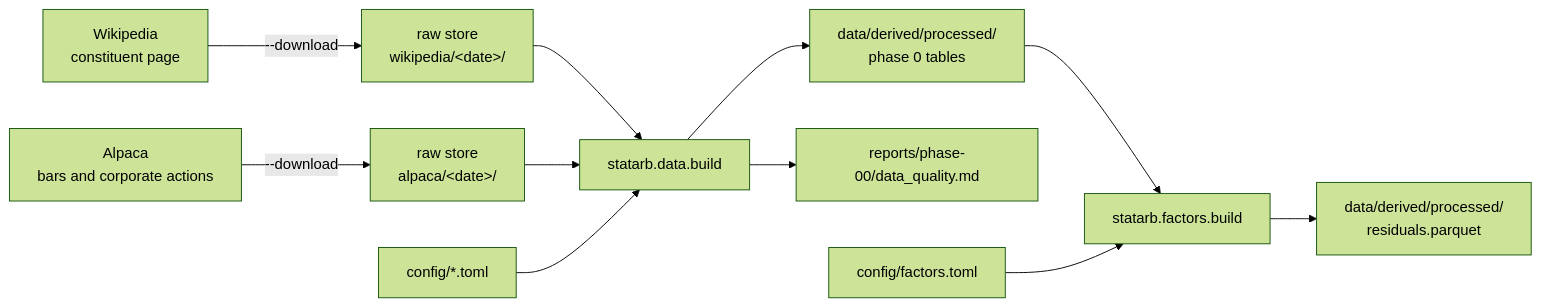
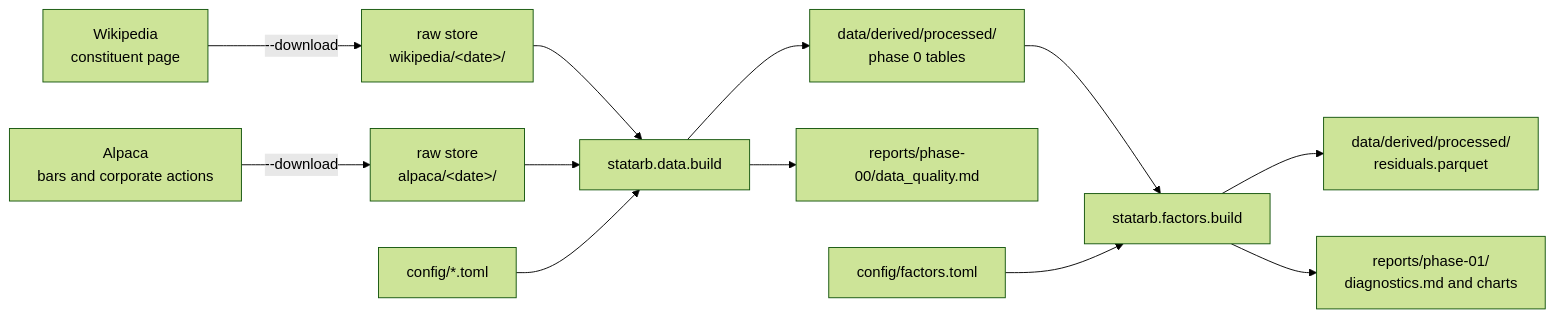
The diagram in docs/architecture.md (tcrossland/stat-arb-from-scratch), drawn with Mermaid (forest theme) before and after one commit. The commit also changed other lines of this file and 13 other files, not shown here.

````diff
--- a/docs/architecture.md
+++ b/docs/architecture.md
@@ -7,13 +7,14 @@
 ```mermaid
 flowchart LR
     W["Wikipedia<br/>constituent page"] -->|--download| RW["raw store<br/>wikipedia/&lt;date&gt;/"]
     A["Alpaca<br/>bars and corporate actions"] -->|--download| RA["raw store<br/>alpaca/&lt;date&gt;/"]
     RW --> B["statarb.data.build"]
     RA --> B
     C["config/*.toml"] --> B
     B --> P["data/derived/processed/<br/>phase 0 tables"]
     B --> Q["reports/phase-00/data_quality.md"]
     P --> F["statarb.factors.build"]
     CF["config/factors.toml"] --> F
     F --> RS["data/derived/processed/<br/>residuals.parquet"]
+    F --> FR["reports/phase-01/<br/>diagnostics.md and charts"]
 ```
````
